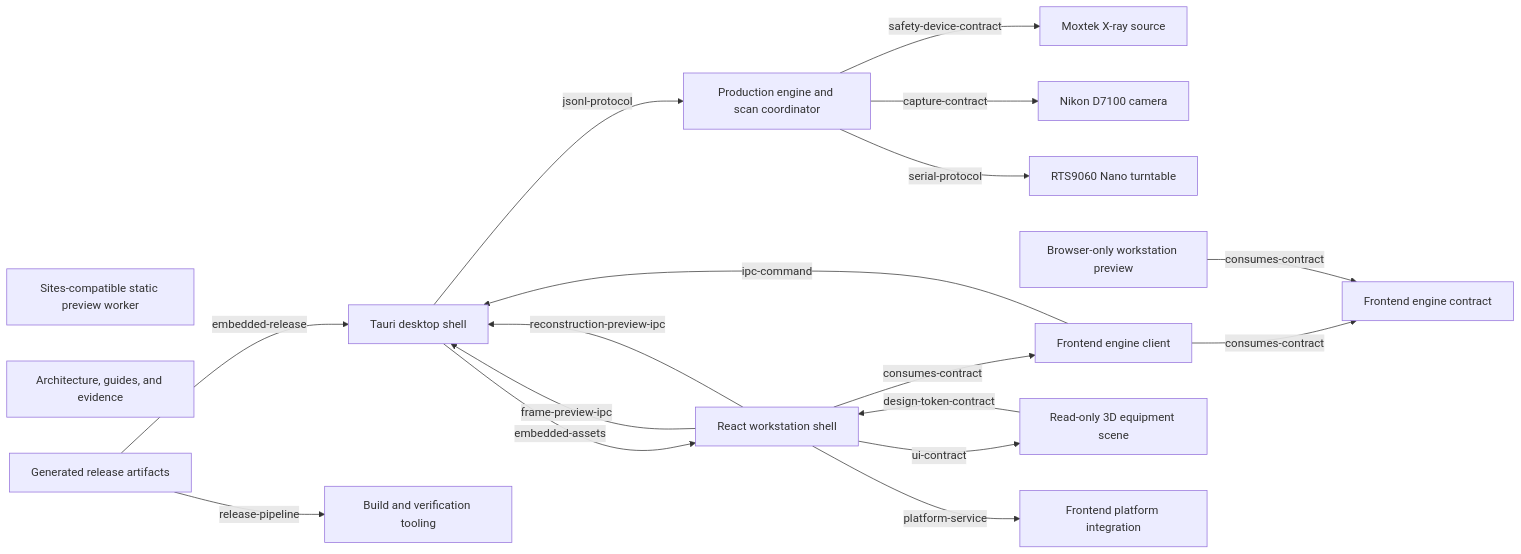
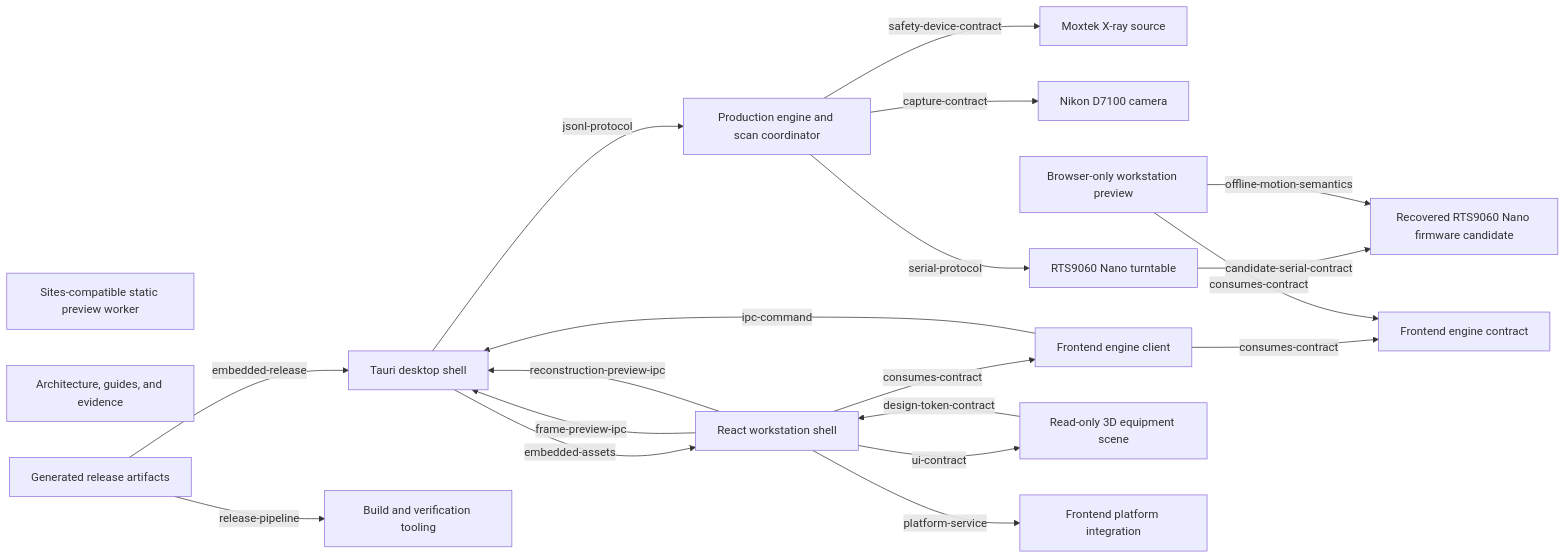
Before and after one commit to Holy1one/Micro-CT-Workstation: the diagram in docs/architecture/module-graph.md, drawn with Mermaid. The commit also changed other lines of this file and 14 other files, not shown here.

Commit message:
feat: preserve reproducible Nano firmware candidate and offline build targets

````diff
--- a/docs/architecture/module-graph.md
+++ b/docs/architecture/module-graph.md
@@ -8,34 +8,37 @@
 ```mermaid
 flowchart LR
   engine_core["Production engine and scan coordinator"]
   device_xray["Moxtek X-ray source"]
   device_camera["Nikon D7100 camera"]
   device_turntable["RTS9060 Nano turntable"]
+  turntable_firmware["Recovered RTS9060 Nano firmware candidate"]
   desktop_shell["Tauri desktop shell"]
   frontend_contract["Frontend engine contract"]
   frontend_client["Frontend engine client"]
   developer_preview["Browser-only workstation preview"]
   ui_shell["React workstation shell"]
   scene["Read-only 3D equipment scene"]
   platform["Frontend platform integration"]
   build_tooling["Build and verification tooling"]
   extensions["Sites-compatible static preview worker"]
   documentation["Architecture, guides, and evidence"]
   release_artifacts["Generated release artifacts"]
+  device_turntable -->|candidate-serial-contract| turntable_firmware
+  developer_preview -->|offline-motion-semantics| turntable_firmware
   release_artifacts -->|release-pipeline| build_tooling
   release_artifacts -->|embedded-release| desktop_shell
   desktop_shell -->|embedded-assets| ui_shell
   ui_shell -->|consumes-contract| frontend_client
   frontend_client -->|consumes-contract| frontend_contract
   developer_preview -->|consumes-contract| frontend_contract
   frontend_client -->|ipc-command| desktop_shell
   ui_shell -->|frame-preview-ipc| desktop_shell
   ui_shell -->|reconstruction-preview-ipc| desktop_shell
   desktop_shell -->|jsonl-protocol| engine_core
   engine_core -->|safety-device-contract| device_xray
   engine_core -->|capture-contract| device_camera
   engine_core -->|serial-protocol| device_turntable
   ui_shell -->|ui-contract| scene
   scene -->|design-token-contract| ui_shell
   ui_shell -->|platform-service| platform
 ```
````
